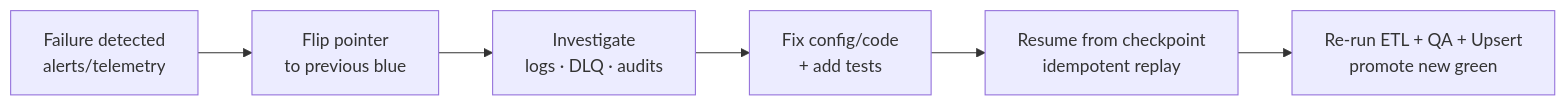
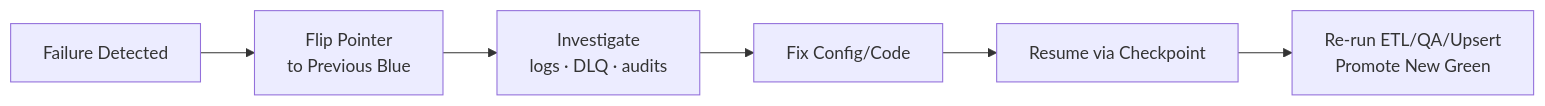
One commit to bartytime4life/Kansas-Frontier-Matrix changed the second of 2 diagrams in src/pipelines/architecture/reliable-pipelines.md. Above: the diagram before and after it, drawn with Mermaid. The commit also changed other lines of this file, not shown here.

First line of the commit message:
Revise KFM Reliable Pipeline Architecture documentation

````diff
--- a/src/pipelines/architecture/reliable-pipelines.md
+++ b/src/pipelines/architecture/reliable-pipelines.md
@@ -548,8 +301,8 @@
 ```mermaid
 flowchart LR
-  R1[Failure detected<br/>alerts/telemetry] --> R2[Flip pointer<br/>to previous blue]
+  R1[Failure Detected] --> R2[Flip Pointer<br/>to Previous Blue]
   R2 --> R3[Investigate<br/>logs · DLQ · audits]
-  R3 --> R4[Fix config/code<br/>+ add tests]
-  R4 --> R5[Resume from checkpoint<br/>idempotent replay]
-  R5 --> R6[Re-run ETL + QA + Upsert<br/>promote new green]
+  R3 --> R4[Fix Config/Code]
+  R4 --> R5[Resume via Checkpoint]
+  R5 --> R6[Re-run ETL/QA/Upsert<br/>Promote New Green]
 ```
````
